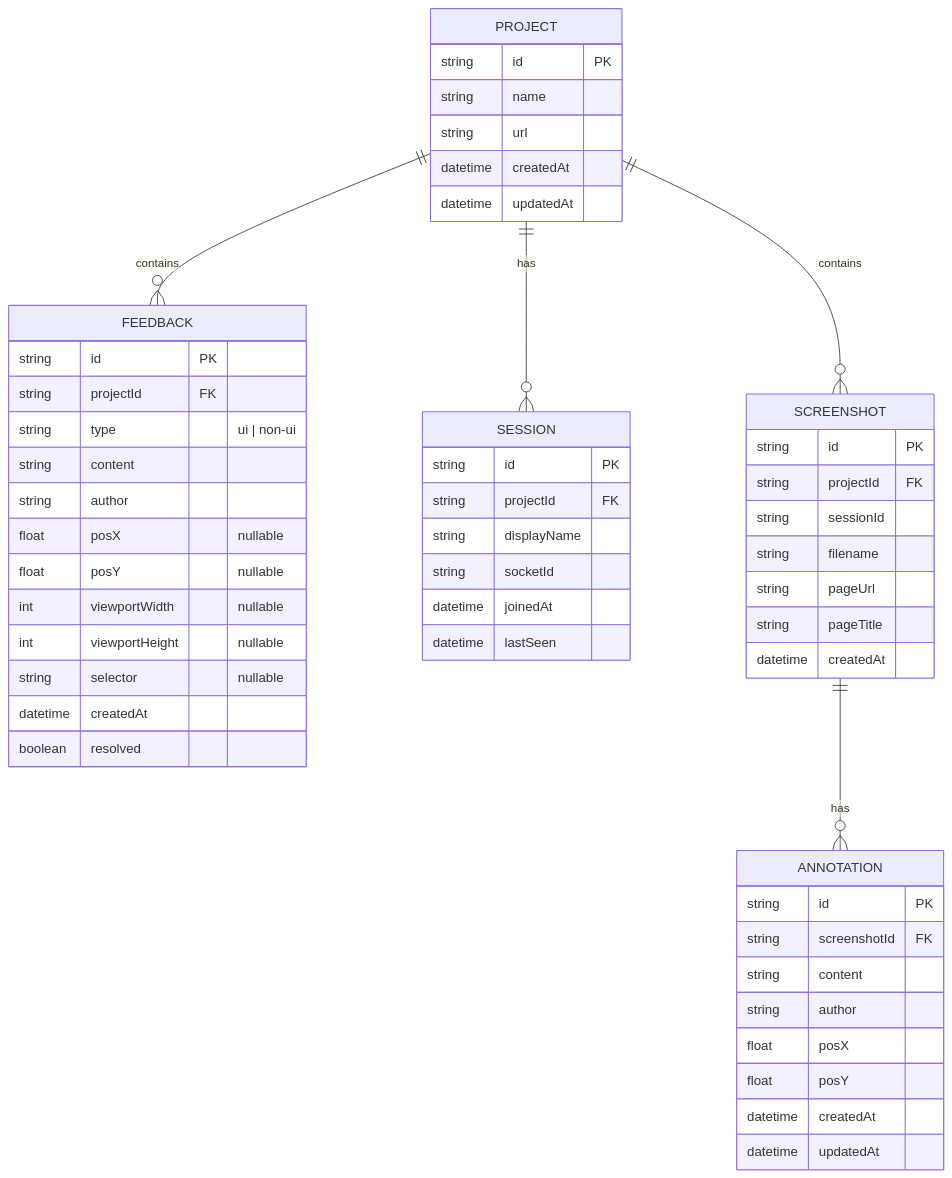
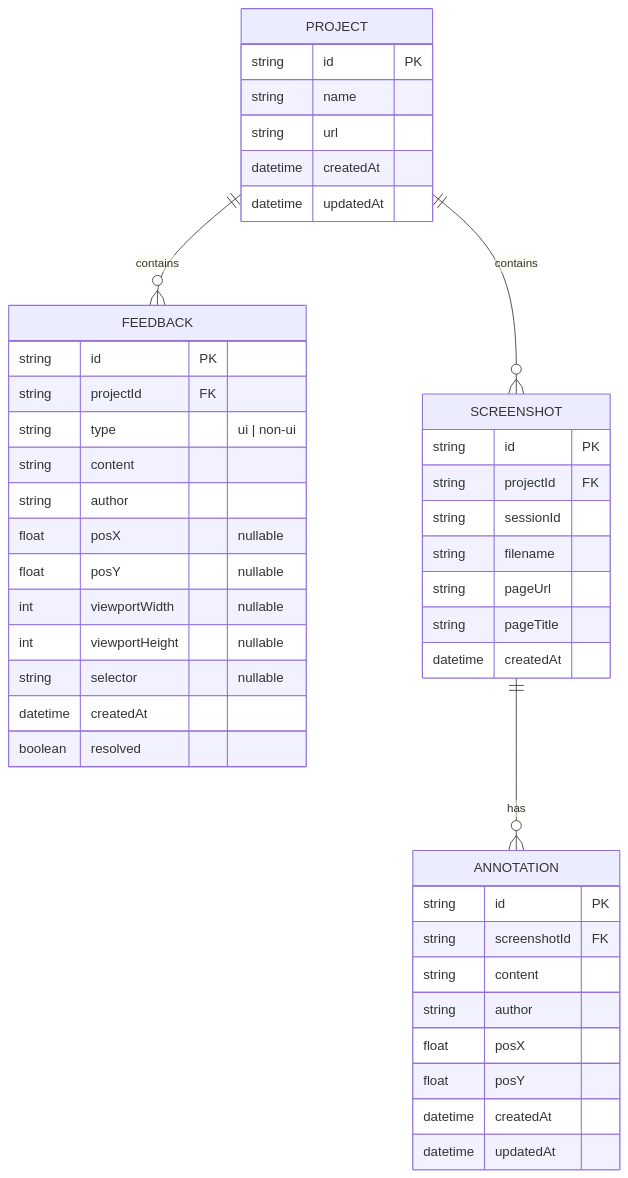
The eighth of 10 diagrams in docs/DIAGRAMS.md (xKarinSan/SnapFeed), drawn with Mermaid before and after one commit. The commit also changed other lines of this file and 13 other files, not shown here.

First line of the commit message:
refactor: convert from multi-user to single-user architecture

````diff
--- a/docs/DIAGRAMS.md
+++ b/docs/DIAGRAMS.md
@@ -485,60 +395,50 @@
 ```mermaid
 erDiagram
     PROJECT ||--o{ FEEDBACK : contains
-    PROJECT ||--o{ SESSION : has
     PROJECT ||--o{ SCREENSHOT : contains
     SCREENSHOT ||--o{ ANNOTATION : has
 
     PROJECT {
         string id PK
         string name
         string url
         datetime createdAt
         datetime updatedAt
     }
 
     FEEDBACK {
         string id PK
         string projectId FK
         string type "ui | non-ui"
         string content
         string author
         float posX "nullable"
         float posY "nullable"
         int viewportWidth "nullable"
         int viewportHeight "nullable"
         string selector "nullable"
         datetime createdAt
         boolean resolved
     }
 
-    SESSION {
-        string id PK
-        string projectId FK
-        string displayName
-        string socketId
-        datetime joinedAt
-        datetime lastSeen
-    }
-
     SCREENSHOT {
         string id PK
         string projectId FK
         string sessionId
         string filename
         string pageUrl
         string pageTitle
         datetime createdAt
     }
 
     ANNOTATION {
         string id PK
         string screenshotId FK
         string content
         string author
         float posX
         float posY
         datetime createdAt
         datetime updatedAt
     }
 ```
````
